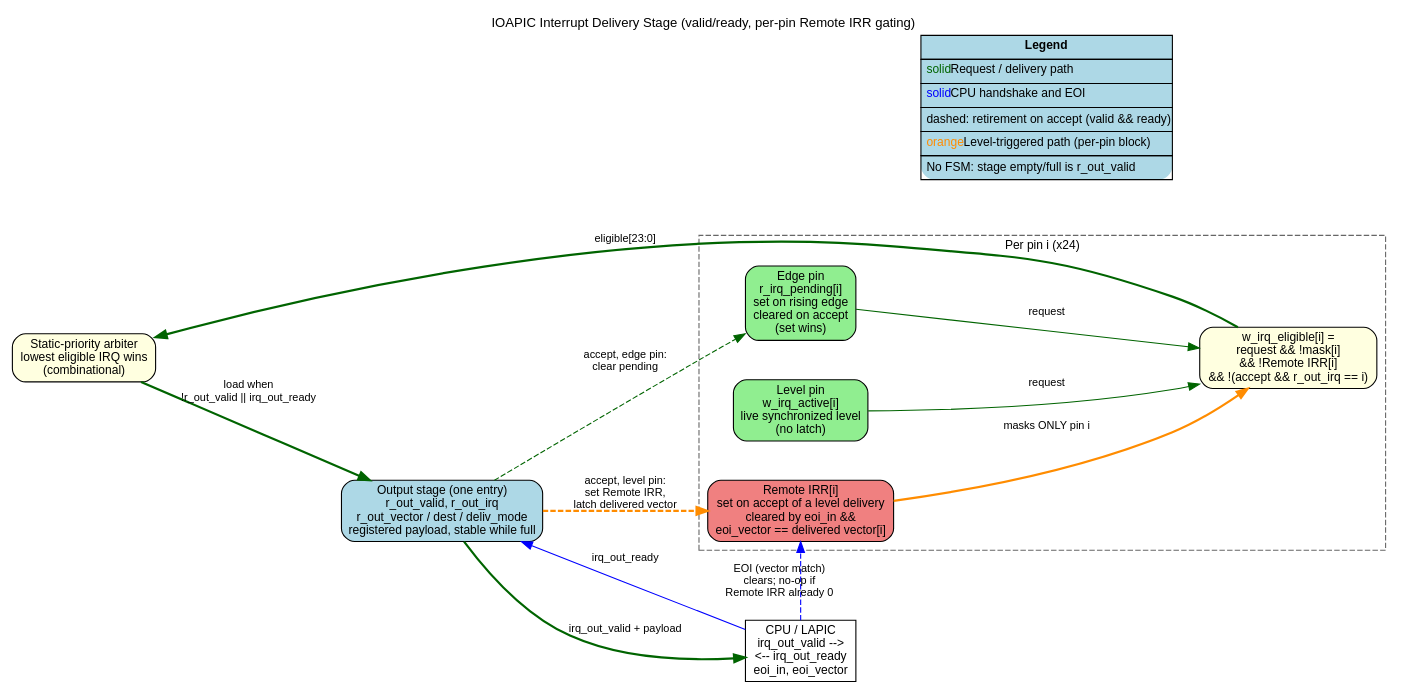
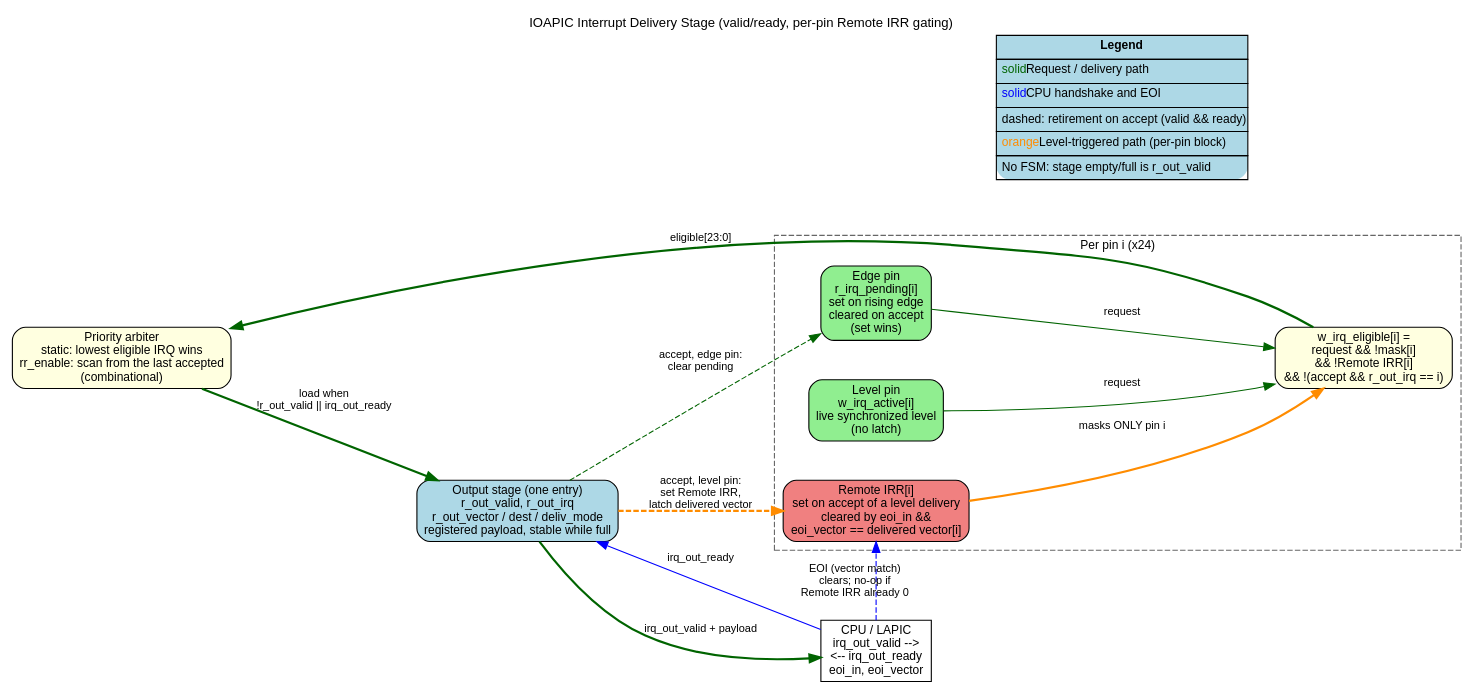
The diagram in projects/components/retro_legacy_blocks/docs/ioapic_mas/assets/graphviz/delivery_fsm.dot (sean-galloway/RTLDesignSherpa), drawn with Graphviz before and after one commit. The commit also changed 30 other files, not shown here.

```diff
--- a/projects/components/retro_legacy_blocks/docs/ioapic_mas/assets/graphviz/delivery_fsm.dot
+++ b/projects/components/retro_legacy_blocks/docs/ioapic_mas/assets/graphviz/delivery_fsm.dot
@@ -1,78 +1,78 @@
 // IOAPIC Interrupt Delivery Stage
 // Graphviz DOT format
 //
 // There is no delivery state machine any more (issue #48, 2026-09-09). The
 // delivery path is a one-entry valid/ready output stage fed by the arbiter,
 // with a Remote IRR bit per pin gating level interrupts. The file keeps its
 // old name (delivery_fsm) so that existing links continue to resolve.
 //
 // Generate: dot -Tsvg delivery_fsm.dot -o ../svg/delivery_fsm.svg
 //           dot -Tpng delivery_fsm.dot -o ../svg/delivery_fsm.png
 
 digraph ioapic_delivery_stage {
     // Graph attributes
     rankdir=LR;
     bgcolor="white";
     fontname="Arial";
     fontsize=12;
     nodesep=0.5;
     ranksep=0.7;
 
     // Node defaults
     node [shape=box, style="rounded,filled", fillcolor="lightblue", fontname="Arial", fontsize=11];
 
     // Edge defaults
     edge [fontname="Arial", fontsize=10];
 
     // Per-pin request side
     subgraph cluster_pins {
         label="Per pin i (x24)";
         style="dashed";
         fontname="Arial";
         fontsize=11;
         color="gray40";
 
         PIN_EDGE  [label="Edge pin\nr_irq_pending[i]\nset on rising edge\ncleared on accept\n(set wins)", fillcolor="lightgreen"];
         PIN_LEVEL [label="Level pin\nw_irq_active[i]\nlive synchronized level\n(no latch)", fillcolor="lightgreen"];
         RIRR  [label="Remote IRR[i]\nset on accept of a level delivery\ncleared by eoi_in &&\neoi_vector == delivered vector[i]", fillcolor="lightcoral"];
         ELIG  [label="w_irq_eligible[i] =\nrequest && !mask[i]\n&& !Remote IRR[i]\n&& !(accept && r_out_irq == i)", fillcolor="lightyellow"];
 
         PIN_EDGE  -> ELIG [label="request", color="darkgreen"];
         PIN_LEVEL -> ELIG [label="request", color="darkgreen"];
         RIRR  -> ELIG [label="masks ONLY pin i", color="darkorange", penwidth=2];
     }
 
     // Arbiter and output stage
-    ARB   [label="Static-priority arbiter\nlowest eligible IRQ wins\n(combinational)", fillcolor="lightyellow"];
+    ARB   [label="Priority arbiter\nstatic: lowest eligible IRQ wins\nrr_enable: scan from the last accepted\n(combinational)", fillcolor="lightyellow"];
     STAGE [label="Output stage (one entry)\nr_out_valid, r_out_irq\nr_out_vector / dest / deliv_mode\nregistered payload, stable while full", fillcolor="lightblue"];
     CPU   [label="CPU / LAPIC\nirq_out_valid -->\n<-- irq_out_ready\neoi_in, eoi_vector", shape=box, style="filled", fillcolor="white"];
 
     ELIG  -> ARB   [label="eligible[23:0]", color="darkgreen", penwidth=2];
     ARB   -> STAGE [label="load when\n!r_out_valid || irq_out_ready", color="darkgreen", penwidth=2];
     STAGE -> CPU   [label="irq_out_valid + payload", color="darkgreen", penwidth=2];
     CPU   -> STAGE [label="irq_out_ready", color="blue"];
 
     // Retirement on the accept (valid && ready), same cycle
     STAGE -> PIN_EDGE  [label="accept, edge pin:\nclear pending", color="darkgreen", style="dashed"];
     STAGE -> RIRR  [label="accept, level pin:\nset Remote IRR,\nlatch delivered vector", color="darkorange", style="dashed", penwidth=2];
     CPU   -> RIRR  [label="EOI (vector match)\nclears; no-op if\nRemote IRR already 0", color="blue", style="dashed"];
 
     // Legend
     {
         rank=sink;
         legend [shape=none, margin=0, label=<
             <table border="0" cellborder="1" cellspacing="0" cellpadding="4">
                 <tr><td bgcolor="lightblue"><b>Legend</b></td></tr>
                 <tr><td align="left"><font color="darkgreen">solid</font> Request / delivery path</td></tr>
                 <tr><td align="left"><font color="blue">solid</font> CPU handshake and EOI</td></tr>
                 <tr><td align="left">dashed: retirement on accept (valid &amp;&amp; ready)</td></tr>
                 <tr><td align="left"><font color="darkorange">orange</font> Level-triggered path (per-pin block)</td></tr>
                 <tr><td align="left">No FSM: stage empty/full is r_out_valid</td></tr>
             </table>
         >];
     }
 
     // Title
     labelloc="t";
     label="IOAPIC Interrupt Delivery Stage (valid/ready, per-pin Remote IRR gating)";
 }
```
